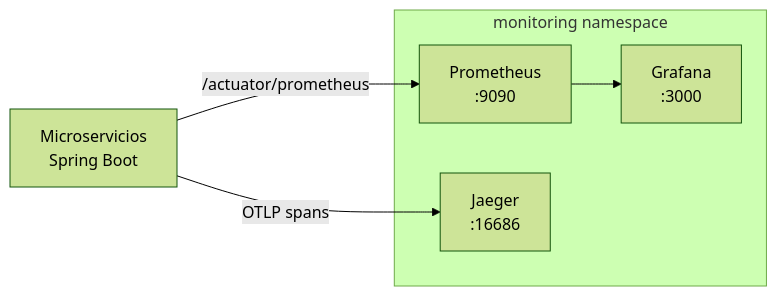
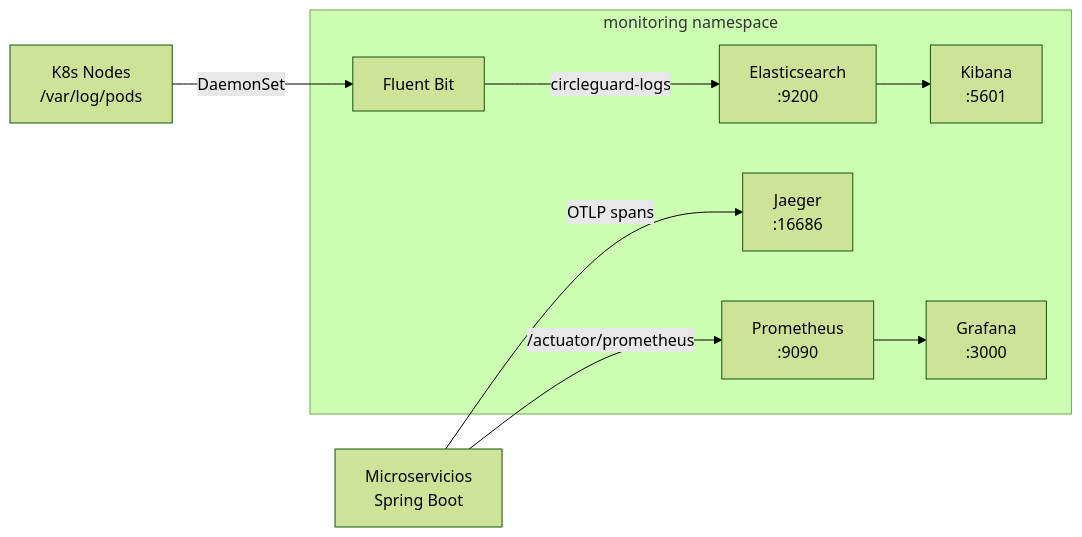
Before and after one commit to diegopolancolozano/circle-guard-public: the diagram in docs/OBSERVABILITY_AND_SECURITY.md, drawn with Mermaid (forest theme). The commit also changed other lines of this file and 4 other files, not shown here.

````diff
--- a/docs/OBSERVABILITY_AND_SECURITY.md
+++ b/docs/OBSERVABILITY_AND_SECURITY.md
@@ -62,11 +80,17 @@
 ```mermaid
 flowchart LR
   services[Microservicios\nSpring Boot] -- /actuator/prometheus --> prom[Prometheus\n:9090]
   services -- OTLP spans --> jaeger[Jaeger\n:16686]
+  nodes[K8s Nodes\n/var/log/pods] -- DaemonSet --> fb[Fluent Bit]
+  fb -- circleguard-logs --> es[Elasticsearch\n:9200]
+  es --> kibana[Kibana\n:5601]
   prom --> grafana[Grafana\n:3000]
   subgraph monitoring namespace
     prom
     grafana
     jaeger
+    fb
+    es
+    kibana
   end
 ```
````
